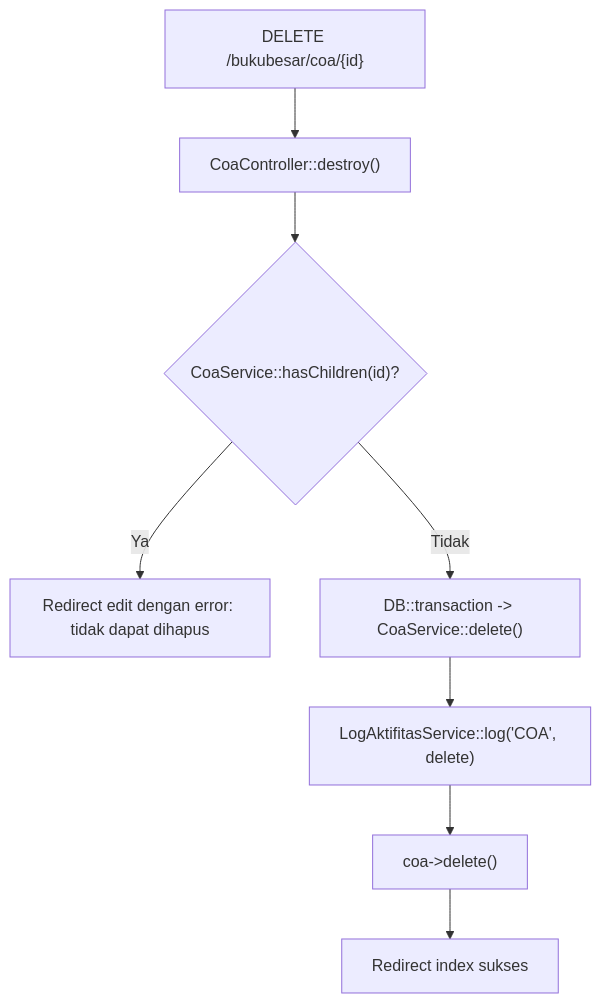
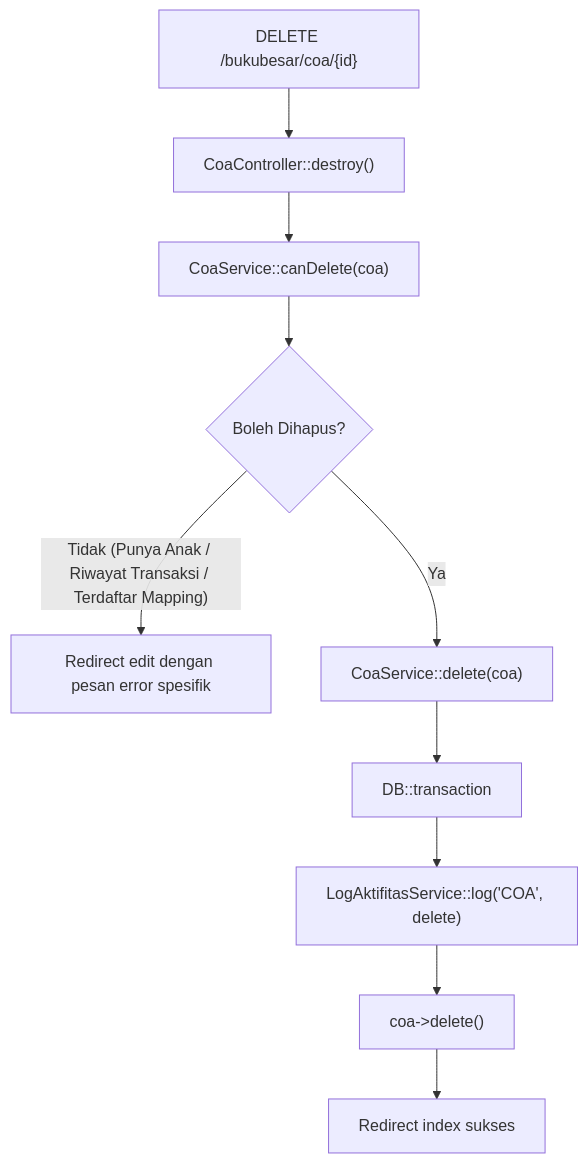
The third of 3 diagrams in dokumentasi/bukubesar-coa.md (AltamaSidoarjo/laravel-siakurat-pt-smt), drawn with Mermaid before and after one commit. The commit also changed other lines of this file and 24 other files, not shown here.

First line of the commit message:
fix(security): perbaikan validasi invoice, transaksi service, rincian jurnal, dan integritas coa

````diff
--- a/dokumentasi/bukubesar-coa.md
+++ b/dokumentasi/bukubesar-coa.md
@@ -102,10 +102,12 @@
 ```mermaid
 flowchart TD
     A["DELETE /bukubesar/coa/{id}"] --> B["CoaController::destroy()"]
-    B --> C{"CoaService::hasChildren(id)?"}
-    C -- Ya --> D["Redirect edit dengan error: tidak dapat dihapus"]
-    C -- Tidak --> E["DB::transaction -> CoaService::delete()"]
-    E --> F["LogAktifitasService::log('COA', delete)"]
-    F --> G["coa->delete()"]
-    G --> H["Redirect index sukses"]
+    B --> C["CoaService::canDelete(coa)"]
+    C --> D{"Boleh Dihapus?"}
+    D -- Tidak (Punya Anak / Riwayat Transaksi / Terdaftar Mapping) --> E["Redirect edit dengan pesan error spesifik"]
+    D -- Ya --> F["CoaService::delete(coa)"]
+    F --> G["DB::transaction"]
+    G --> H["LogAktifitasService::log('COA', delete)"]
+    H --> I["coa->delete()"]
+    I --> J["Redirect index sukses"]
 ```
````
